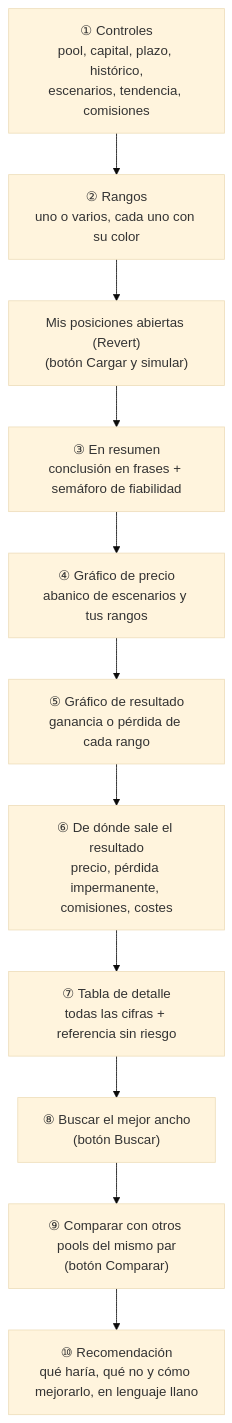
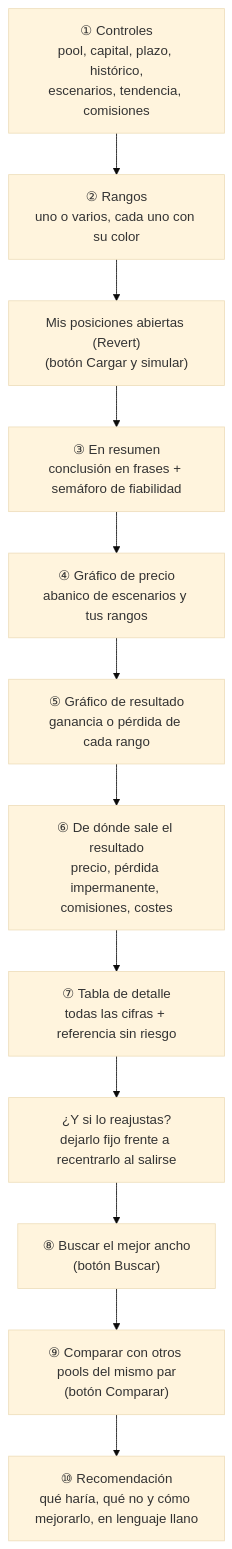
The first of 7 diagrams in Guia Simulador.md (Caiico1/etapas-weinstein), drawn with Mermaid (base theme) before and after one commit. The commit also changed other lines of this file and 4 other files, not shown here.

Commit message:
Simulador: reajuste del rango al salirse (dejarlo fijo frente a recentrarlo), validado

````diff
--- a/Guia Simulador.md
+++ b/Guia Simulador.md
@@ -58,13 +58,14 @@
 ```mermaid
 flowchart TB
     A["① Controles<br/>pool, capital, plazo, histórico,<br/>escenarios, tendencia, comisiones"] --> B["② Rangos<br/>uno o varios, cada uno con su color"]
     B --> M["Mis posiciones abiertas (Revert)<br/>(botón Cargar y simular)"]
     M --> R["③ En resumen<br/>conclusión en frases + semáforo de fiabilidad"]
     R --> C["④ Gráfico de precio<br/>abanico de escenarios y tus rangos"]
     C --> D["⑤ Gráfico de resultado<br/>ganancia o pérdida de cada rango"]
     D --> G["⑥ De dónde sale el resultado<br/>precio, pérdida impermanente, comisiones, costes"]
     G --> E["⑦ Tabla de detalle<br/>todas las cifras + referencia sin riesgo"]
-    E --> O["⑧ Buscar el mejor ancho<br/>(botón Buscar)"]
+    E --> RJ["¿Y si lo reajustas?<br/>dejarlo fijo frente a recentrarlo al salirse"]
+    RJ --> O["⑧ Buscar el mejor ancho<br/>(botón Buscar)"]
     O --> P["⑨ Comparar con otros pools del mismo par<br/>(botón Comparar)"]
     P --> Q["⑩ Recomendación<br/>qué haría, qué no y cómo mejorarlo, en lenguaje llano"]
 ```
````
